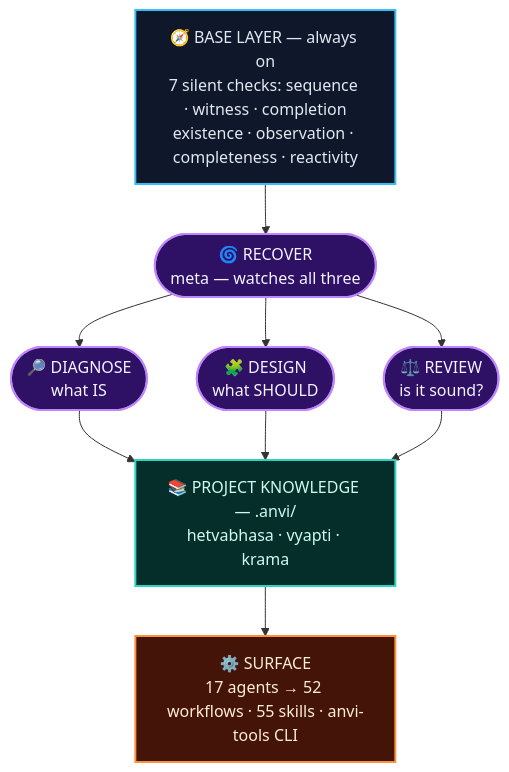
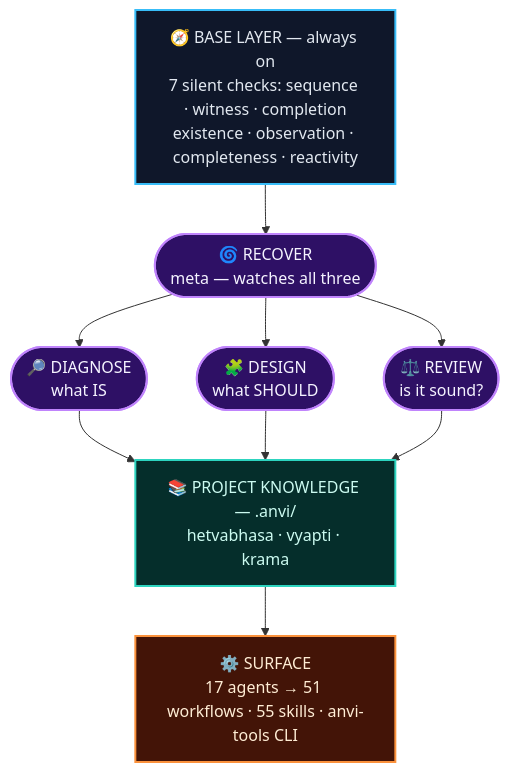
The first of 2 diagrams in README.md (MrityunjayBhardwaj/anvi), drawn with Mermaid before and after one commit. The commit also changed other lines of this file and 4 other files, not shown here.

````diff
--- a/README.md
+++ b/README.md
@@ -39,24 +39,24 @@
 ```mermaid
 flowchart TD
     BASE["🧭 BASE LAYER — always on<br/>7 silent checks: sequence · witness · completion<br/>existence · observation · completeness · reactivity"]
     R(["🌀 RECOVER<br/>meta — watches all three"])
     D1(["🔎 DIAGNOSE<br/>what IS"])
     D2(["🧩 DESIGN<br/>what SHOULD"])
     D3(["⚖️ REVIEW<br/>is it sound?"])
     KNOW["📚 PROJECT KNOWLEDGE — .anvi/<br/>hetvabhasa · vyapti · krama"]
-    SURF["⚙️ SURFACE<br/>17 agents → 52 workflows · 55 skills · anvi-tools CLI"]
+    SURF["⚙️ SURFACE<br/>17 agents → 51 workflows · 55 skills · anvi-tools CLI"]
 
     BASE --> R
     R --> D1 & D2 & D3
     D1 & D2 & D3 --> KNOW
     KNOW --> SURF
 
     classDef base fill:#0f172a,stroke:#38bdf8,stroke-width:2px,color:#e2e8f0;
     classDef lens fill:#2e1065,stroke:#c084fc,stroke-width:2px,color:#f5f3ff;
     classDef know fill:#052e2b,stroke:#2dd4bf,stroke-width:2px,color:#ccfbf1;
     classDef surf fill:#431407,stroke:#fb923c,stroke-width:2px,color:#ffedd5;
     class BASE base;
     class R,D1,D2,D3 lens;
     class KNOW know;
     class SURF surf;
 ```
````
